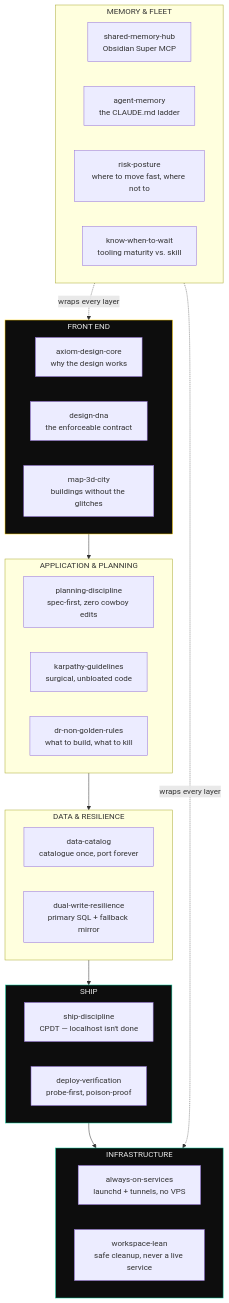
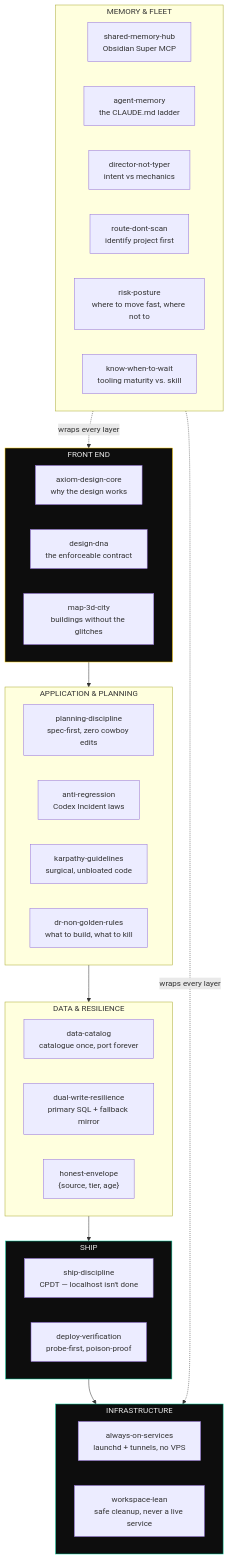
One commit to Nonarkara/dr-non-vibecoding-skills changed the second of 3 diagrams in README.md. Above: the diagram before and after it, drawn with Mermaid. The commit also changed other lines of this file and 20 other files, not shown here.

First line of the commit message:
feat: Cursor desk layer — anti-regression, director-not-typer, route-dont-scan, honest envelope

````diff
--- a/README.md
+++ b/README.md
@@ -113,45 +117,49 @@
 ```mermaid
 flowchart TD
     subgraph Front["FRONT END"]
         direction LR
         ADC["axiom-design-core\nwhy the design works"]
         DNA["design-dna\nthe enforceable contract"]
         M3D["map-3d-city\nbuildings without the glitches"]
     end
     subgraph App["APPLICATION & PLANNING"]
         direction LR
         PD["planning-discipline\nspec-first, zero cowboy edits"]
+        AR["anti-regression\nCodex Incident laws"]
         KG["karpathy-guidelines\nsurgical, unbloated code"]
         DNG["dr-non-golden-rules\nwhat to build, what to kill"]
     end
     subgraph Data["DATA & RESILIENCE"]
         direction LR
         DC["data-catalog\ncatalogue once, port forever"]
         DWR["dual-write-resilience\nprimary SQL + fallback mirror"]
+        HE["honest-envelope\n{source, tier, age}"]
     end
     subgraph Ship["SHIP"]
         direction LR
         SD["ship-discipline\nCPDT — localhost isn't done"]
         DV["deploy-verification\nprobe-first, poison-proof"]
     end
     subgraph Infra["INFRASTRUCTURE"]
         direction LR
         AOS["always-on-services\nlaunchd + tunnels, no VPS"]
         WL["workspace-lean\nsafe cleanup, never a live service"]
     end
     subgraph Memory["MEMORY & FLEET"]
         direction LR
         SMH["shared-memory-hub\nObsidian Super MCP"]
         AM["agent-memory\nthe CLAUDE.md ladder"]
+        DNT["director-not-typer\nintent vs mechanics"]
+        RDS["route-dont-scan\nidentify project first"]
         RP["risk-posture\nwhere to move fast, where not to"]
         KWW["know-when-to-wait\ntooling maturity vs. skill"]
     end
 
     Front --> App --> Data --> Ship --> Infra
     Memory -.->|"wraps every layer"| Front
     Memory -.->|"wraps every layer"| Infra
 
     style Front fill:#0d0d0d,stroke:#ffd000,color:#e8e8e8
     style Ship fill:#0d0d0d,stroke:#00c896,color:#e8e8e8
     style Infra fill:#0d0d0d,stroke:#00c896,color:#e8e8e8
 ```
````
